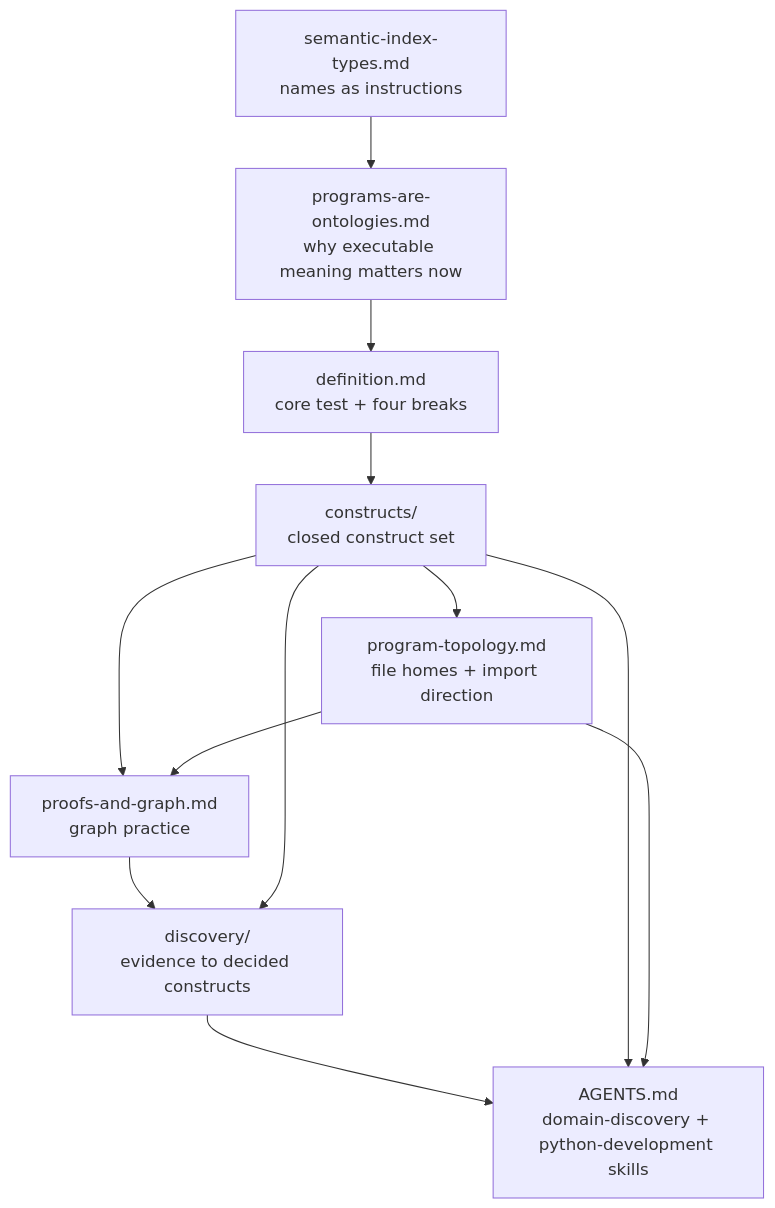
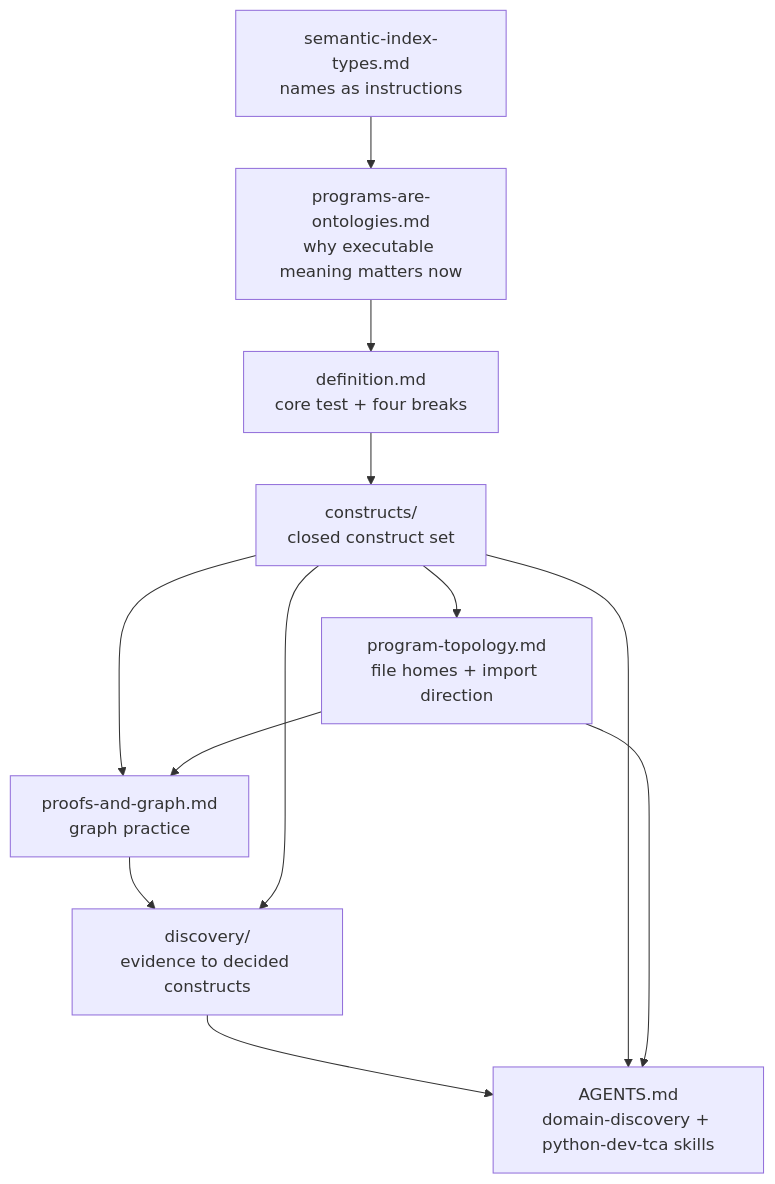
The diagram in wiki/practice/learning-path.md (kylejtobin/tca), drawn with Mermaid before and after one commit. The commit also changed other lines of this file and 54 other files, not shown here.

First line of the commit message:
skills: replace python-development with python-dev-tca

````diff
--- a/wiki/practice/learning-path.md
+++ b/wiki/practice/learning-path.md
@@ -32,23 +33,23 @@
 ```mermaid
 flowchart TD
     Definition["definition.md\ncore test + four breaks"]
     Executable["programs-are-ontologies.md\nwhy executable meaning matters now"]
     Constructs["constructs/\nclosed construct set"]
     Topology["program-topology.md\nfile homes + import direction"]
     Graph["proofs-and-graph.md\ngraph practice"]
     Names["semantic-index-types.md\nnames as instructions"]
     Discovery["discovery/\nevidence to decided constructs"]
-    Build["AGENTS.md\ndomain-discovery + python-development skills"]
+    Build["AGENTS.md\ndomain-discovery + python-dev-tca skills"]
 
     Executable --> Definition
     Definition --> Constructs
     Constructs --> Topology
     Constructs --> Graph
     Topology --> Graph
     Names --> Executable
     Graph --> Discovery
     Constructs --> Discovery
     Discovery --> Build
     Constructs --> Build
     Topology --> Build
 ```
````
